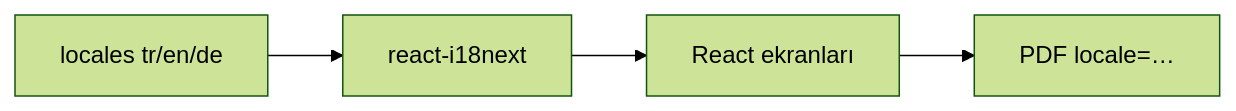
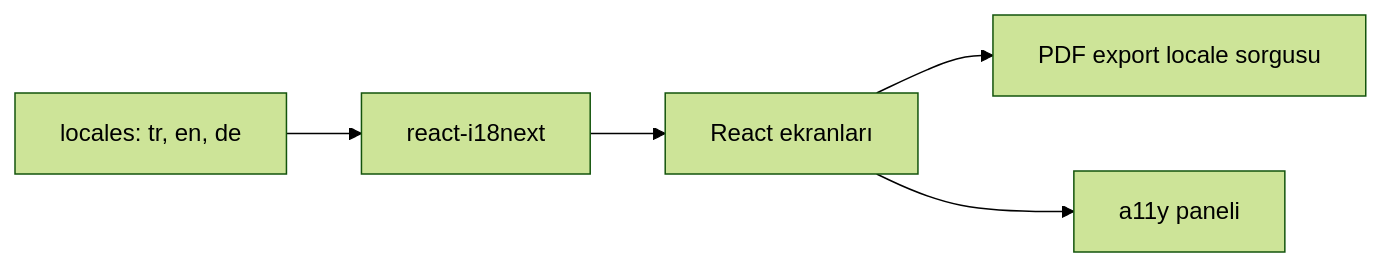
The first of 2 diagrams in docs/learning/tr/12-i18n-ux.md (fdeniz07/BankApp), drawn with Mermaid (forest theme) before and after one commit. The commit also changed other lines of this file and 105 other files, not shown here.

First line of the commit message:
doc: Enrich learning chapters with labs, pitfalls, and safe Mermaid

````diff
--- a/docs/learning/tr/12-i18n-ux.md
+++ b/docs/learning/tr/12-i18n-ux.md
@@ -11,6 +13,7 @@
 ```mermaid
 flowchart LR
-  LOC[locales tr/en/de] --> I18N[react-i18next]
-  I18N --> UI[React ekranları]
-  UI --> PDF[PDF locale=…]
+  LOC["locales: tr, en, de"] --> I18N["react-i18next"]
+  I18N --> UI["React ekranları"]
+  UI --> PDF["PDF export locale sorgusu"]
+  UI --> A11Y["a11y paneli"]
 ```
````
